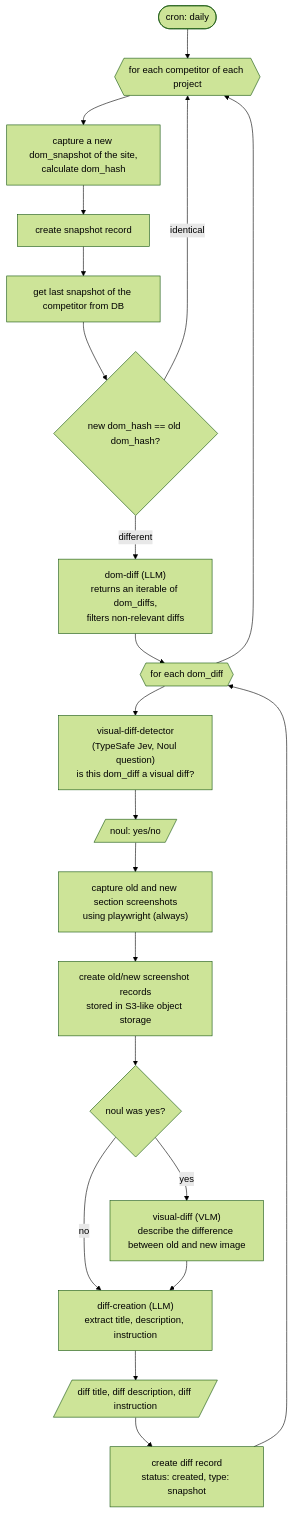
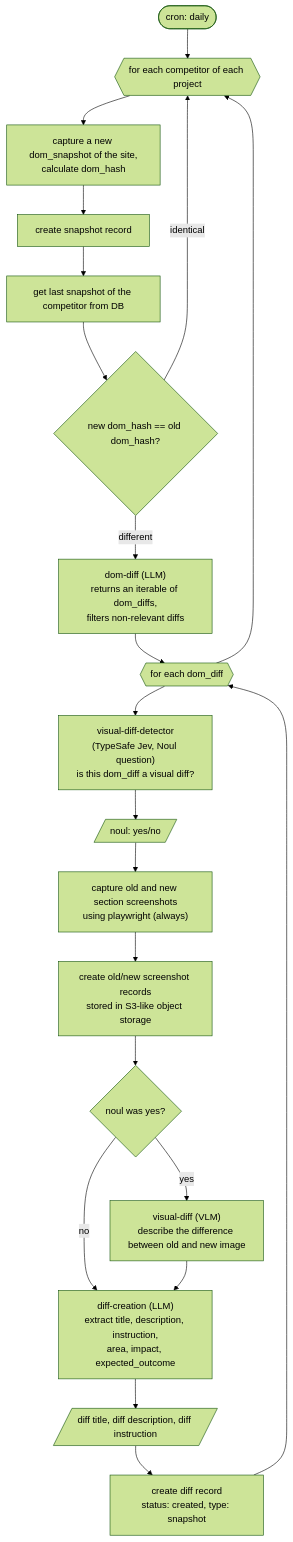
One commit to menuRivera/copycat changed the diagram in flows/diff-creation-with-snapshots.md. Above: the diagram before and after it, drawn with Mermaid (forest theme). The commit also changed 49 other files, not shown here.

````diff
--- a/flows/diff-creation-with-snapshots.md
+++ b/flows/diff-creation-with-snapshots.md
@@ -3,23 +3,23 @@
 ```mermaid
 flowchart TD
     A([cron: daily]) --> B{{"for each competitor of each project"}}
     B --> C["capture a new dom_snapshot of the site,<br/>calculate dom_hash"]
     C --> D["create snapshot record"]
     D --> E["get last snapshot of the competitor from DB"]
     E --> F{"new dom_hash == old dom_hash?"}
     F -- identical --> B
     F -- different --> G["dom-diff (LLM)<br/>returns an iterable of dom_diffs,<br/>filters non-relevant diffs"]
     G --> H{{"for each dom_diff"}}
     H --> I["visual-diff-detector<br/>(TypeSafe Jev, Noul question)<br/>is this dom_diff a visual diff?"]
     I --> I1[/"noul: yes/no"/]
     I1 --> J["capture old and new section screenshots<br/>using playwright (always)"]
     J --> K["create old/new screenshot records<br/>stored in S3-like object storage"]
     K --> M{"noul was yes?"}
     M -- yes --> V["visual-diff (VLM)<br/>describe the difference between old and new image"]
-    M -- no --> L["diff-creation (LLM)<br/>extract title, description, instruction"]
+    M -- no --> L["diff-creation (LLM)<br/>extract title, description, instruction,<br/>area, impact, expected_outcome"]
     V --> L
     L --> N[/diff title, diff description, diff instruction/]
     N --> O["create diff record<br/>status: created, type: snapshot"]
     O --> H
     H --> B
 ```
````
